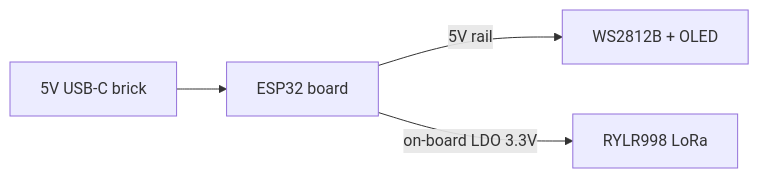
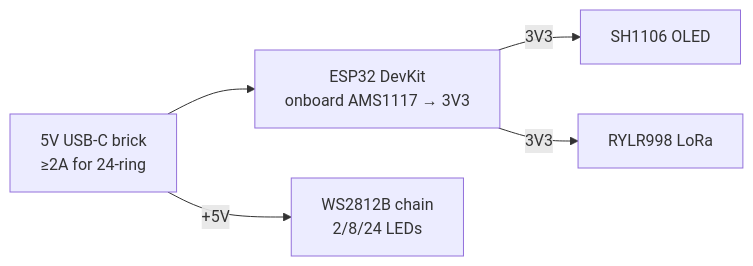
The second of 7 diagrams in hardware/wiring.md (Techposts/TankSync), drawn with Mermaid before and after one commit. The commit also changed other lines of this file, not shown here.

````diff
--- a/hardware/wiring.md
+++ b/hardware/wiring.md
@@ -37,6 +70,7 @@
 ```mermaid
 flowchart LR
-    USB[5V USB-C brick] --> ESP[ESP32 board]
-    ESP -->|5V rail| L1[WS2812B + OLED]
-    ESP -->|on-board LDO 3.3V| L2[RYLR998 LoRa]
+    USB[5V USB-C brick<br/>≥2A for 24-ring] --> ESP[ESP32 DevKit<br/>onboard AMS1117 → 3V3]
+    USB -->|+5V| LEDS[WS2812B chain<br/>2/8/24 LEDs]
+    ESP -->|3V3| OLED[SH1106 OLED]
+    ESP -->|3V3| LORA[RYLR998 LoRa]
 ```
````
